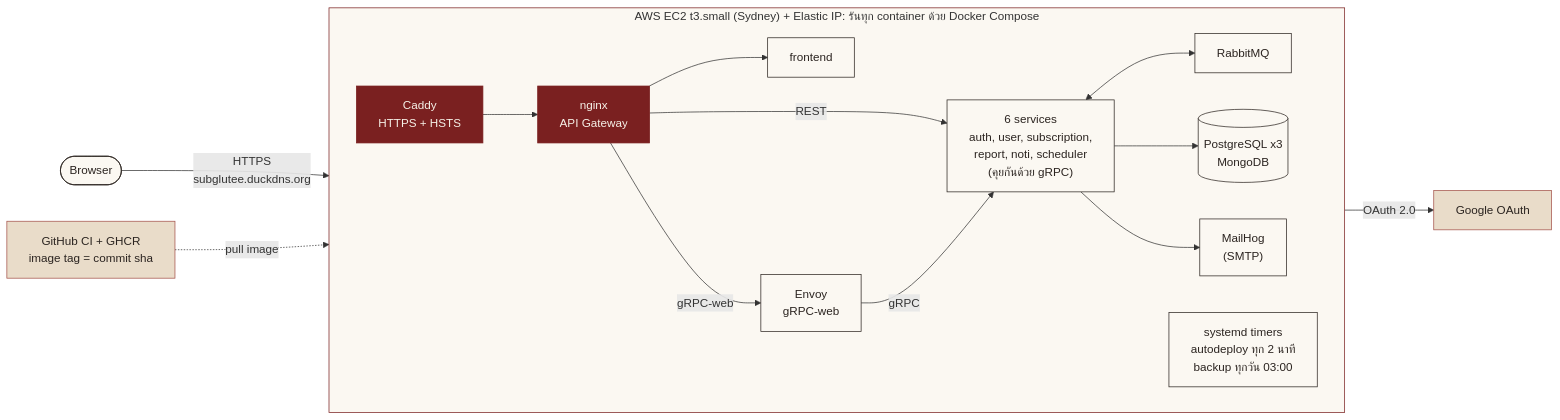
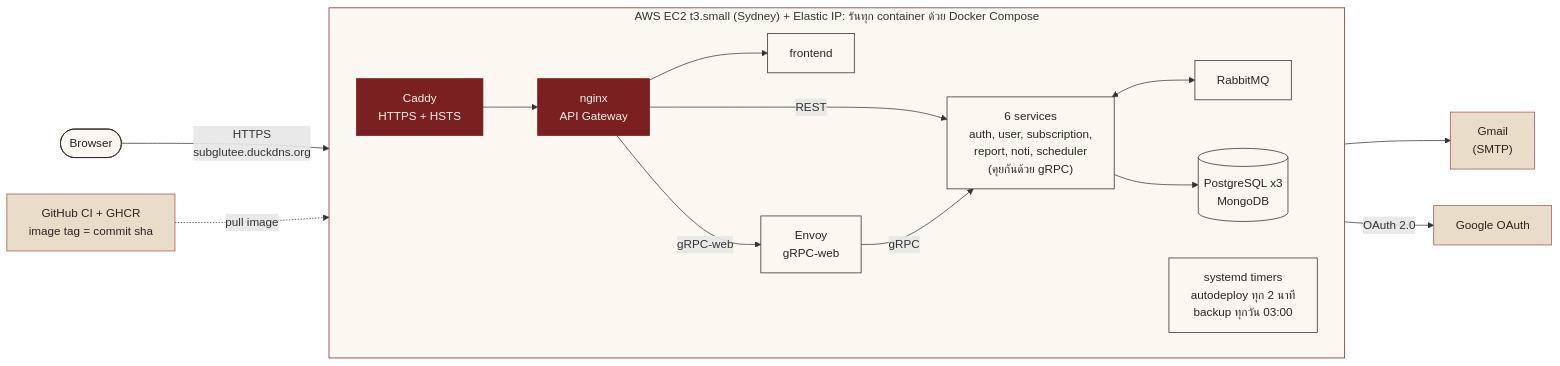
Before and after one commit to polar-bear-cu/sgt-deploy: the seventh of 7 diagrams in docs/diagrams.md, drawn with Mermaid. The commit also changed other lines of this file and 1 other file, not shown here.

Commit message:
docs: show gmail smtp on prod

````diff
--- a/docs/diagrams.md
+++ b/docs/diagrams.md
@@ -203,39 +203,39 @@
 ```mermaid
 flowchart LR
     browser(["Browser"])
     google["Google OAuth"]
+    mail["Gmail<br/>(SMTP)"]
     ghcr["GitHub CI + GHCR<br/>image tag = commit sha"]
 
     subgraph ec2["AWS EC2 t3.small (Sydney) + Elastic IP: รันทุก container ด้วย Docker Compose"]
         direction LR
             caddy["Caddy<br/>HTTPS + HSTS"]
             gateway["nginx<br/>API Gateway"]
             envoy["Envoy<br/>gRPC-web"]
             frontend["frontend"]
             services["6 services<br/>auth, user, subscription,<br/>report, noti, scheduler<br/>(คุยกันด้วย gRPC)"]
             mq["RabbitMQ"]
             data[("PostgreSQL x3<br/>MongoDB")]
-            mail["MailHog<br/>(SMTP)"]
         systemd["systemd timers<br/>autodeploy ทุก 2 นาที<br/>backup ทุกวัน 03:00"]
     end
 
     browser -- "HTTPS<br/>subglutee.duckdns.org" --> caddy
     caddy --> gateway
     gateway --> frontend
     gateway -- "REST" --> services
     gateway -- "gRPC-web" --> envoy
     envoy -- "gRPC" --> services
     services <--> mq
     services --> data
     services --> mail
     services -- "OAuth 2.0" --> google
     ghcr -. "pull image" .-> systemd
 
     classDef system fill:#7a2020,color:#f6f1e8,stroke:#7a2020
     classDef external fill:#e9dcc9,color:#2b2420,stroke:#a4524a
     classDef plain fill:#fbf8f2,color:#2b2420,stroke:#2b2420
     class caddy,gateway system
-    class google,ghcr external
-    class browser,frontend,envoy,services,mq,data,mail,systemd plain
+    class google,mail,ghcr external
+    class browser,frontend,envoy,services,mq,data,systemd plain
     style ec2 fill:#fbf8f2,stroke:#7a2020
 ```
````
